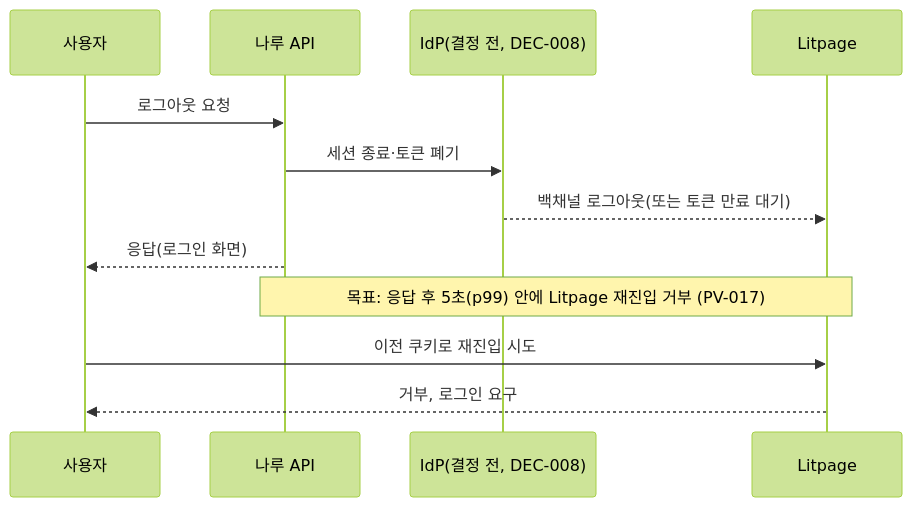
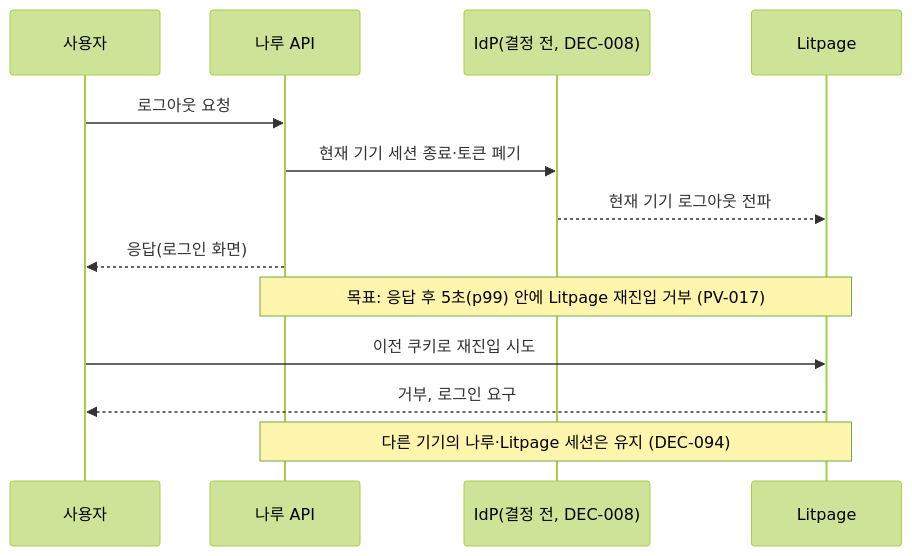
The second of 4 diagrams in docs/02-architecture/04-NFR-technical.md (HoBaeBang/naruworks-platform), drawn with Mermaid (forest theme) before and after one commit. The commit also changed other lines of this file and 10 other files, not shown here.

````diff
--- a/docs/02-architecture/04-NFR-technical.md
+++ b/docs/02-architecture/04-NFR-technical.md
@@ -167,14 +157,15 @@
 ```mermaid
 sequenceDiagram
   participant U as 사용자
   participant N as 나루 API
   participant I as IdP(결정 전, DEC-008)
   participant L as Litpage
   U->>N: 로그아웃 요청
-  N->>I: 세션 종료·토큰 폐기
-  I-->>L: 백채널 로그아웃(또는 토큰 만료 대기)
+  N->>I: 현재 기기 세션 종료·토큰 폐기
+  I-->>L: 현재 기기 로그아웃 전파
   N-->>U: 응답(로그인 화면)
   Note over N,L: 목표: 응답 후 5초(p99) 안에 Litpage 재진입 거부 (PV-017)
   U->>L: 이전 쿠키로 재진입 시도
   L-->>U: 거부, 로그인 요구
+  Note over N,L: 다른 기기의 나루·Litpage 세션은 유지 (DEC-094)
 ```
````
